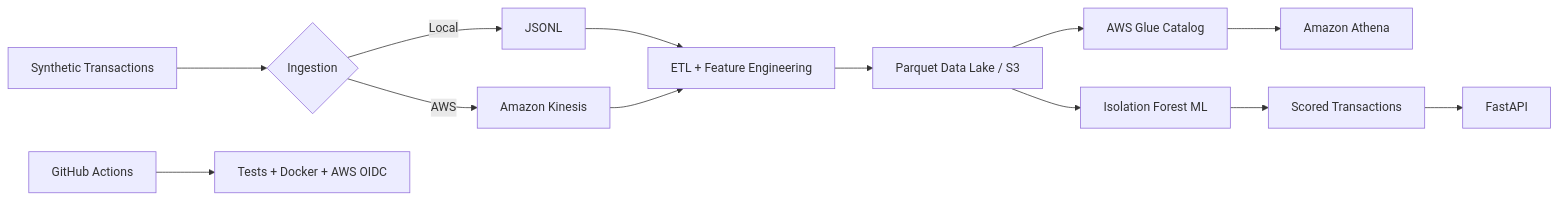
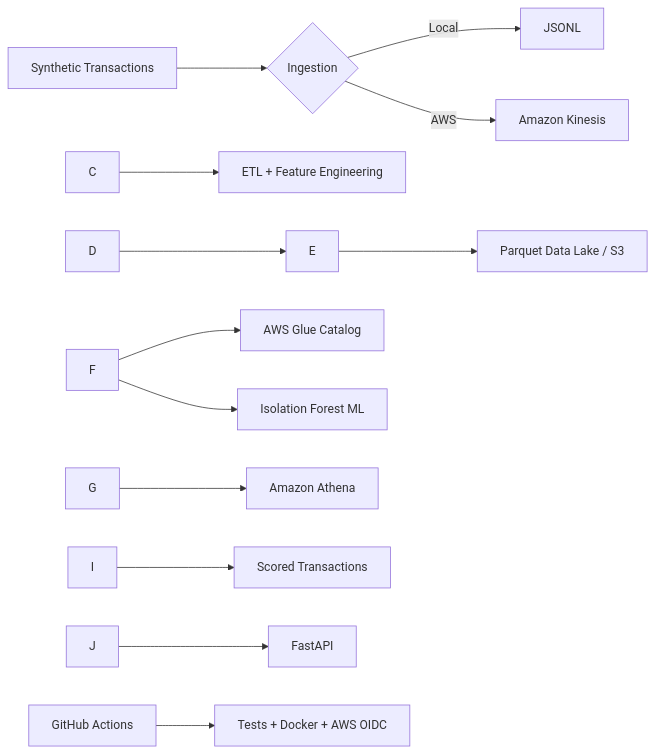
The diagram in README.md (Subhashgolla/CloudPulse-AI), drawn with Mermaid before and after one commit. The commit also changed other lines of this file, not shown here.

Commit message:
Update GitHub profile link

````diff
--- a/README.md
+++ b/README.md
@@ -6,15 +7,15 @@
 ```mermaid
 flowchart LR
-A[Synthetic Transactions] --> B{Ingestion}
-B -->|Local| C[JSONL]
-B -->|AWS| D[Amazon Kinesis]
-C --> E[ETL + Feature Engineering]
+A\[Synthetic Transactions] --> B{Ingestion}
+B -->|Local| C\[JSONL]
+B -->|AWS| D\[Amazon Kinesis]
+C --> E\[ETL + Feature Engineering]
 D --> E
-E --> F[Parquet Data Lake / S3]
-F --> G[AWS Glue Catalog]
-G --> H[Amazon Athena]
-F --> I[Isolation Forest ML]
-I --> J[Scored Transactions]
-J --> K[FastAPI]
-L[GitHub Actions] --> M[Tests + Docker + AWS OIDC]
+E --> F\[Parquet Data Lake / S3]
+F --> G\[AWS Glue Catalog]
+G --> H\[Amazon Athena]
+F --> I\[Isolation Forest ML]
+I --> J\[Scored Transactions]
+J --> K\[FastAPI]
+L\[GitHub Actions] --> M\[Tests + Docker + AWS OIDC]
 ```
````
